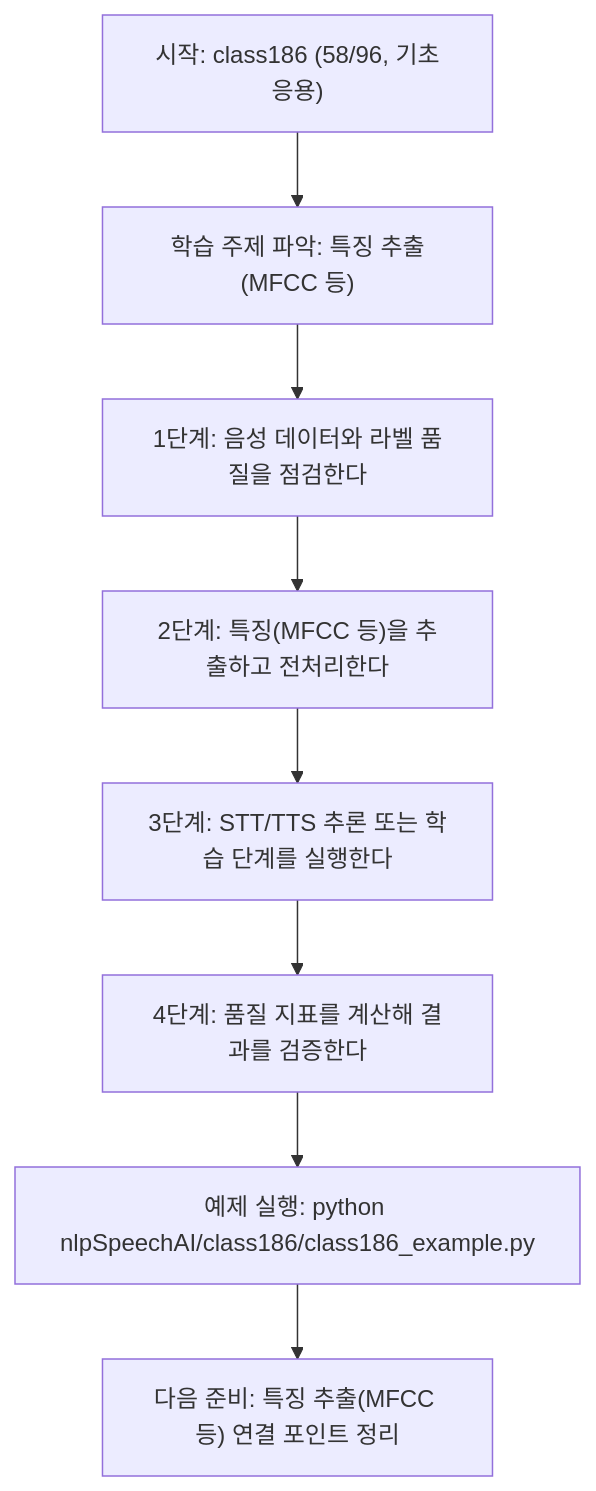
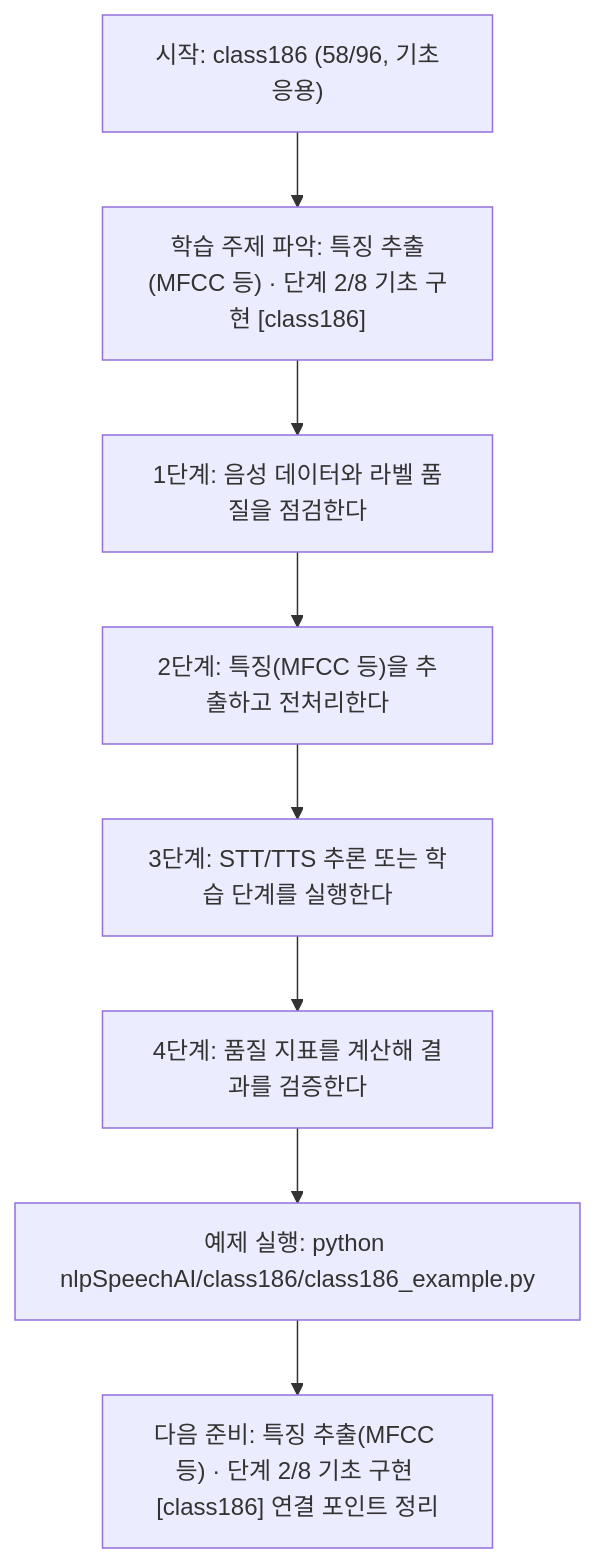
One commit to edumgt/Python-AI_Agent-Class changed the diagram in nlpSpeechAI/class186/class186.md. Above: the diagram before and after it, drawn with Mermaid. The commit also changed other lines of this file and 522 other files, not shown here.

````diff
--- a/nlpSpeechAI/class186/class186.md
+++ b/nlpSpeechAI/class186/class186.md
@@ -113,18 +114,18 @@
 ```mermaid
 flowchart TD
 N1["시작: class186 (58/96, 기초응용)"]
-N2["학습 주제 파악: 특징 추출(MFCC 등)"]
+N2["학습 주제 파악: 특징 추출(MFCC 등) · 단계 2/8 기초 구현 [class186]"]
 N3["1단계: 음성 데이터와 라벨 품질을 점검한다"]
 N4["2단계: 특징(MFCC 등)을 추출하고 전처리한다"]
 N5["3단계: STT/TTS 추론 또는 학습 단계를 실행한다"]
 N6["4단계: 품질 지표를 계산해 결과를 검증한다"]
 N7["예제 실행: python nlpSpeechAI/class186/class186_example.py"]
-N8["다음 준비: 특징 추출(MFCC 등) 연결 포인트 정리"]
+N8["다음 준비: 특징 추출(MFCC 등) · 단계 2/8 기초 구현 [class186] 연결 포인트 정리"]
 N1 --> N2
 N2 --> N3
 N3 --> N4
 N4 --> N5
 N5 --> N6
 N6 --> N7
 N7 --> N8
 ```
````
